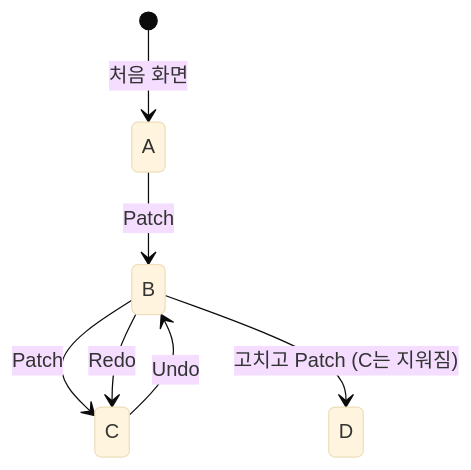
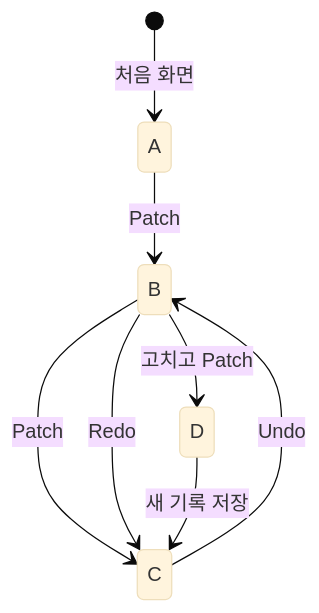
One commit to team1-mini-lab/mini-react changed the second of 2 diagrams in docs/SDD_one_page.md. Above: the diagram before and after it, drawn with Mermaid (base theme). The commit also changed other lines of this file, not shown here.

````diff
--- a/docs/SDD_one_page.md
+++ b/docs/SDD_one_page.md
@@ -91,9 +130,10 @@
 ```mermaid
 stateDiagram-v2
-  [*] --> A: 처음 화면
-  A --> B: Patch
-  B --> C: Patch
-  C --> B: Undo
-  B --> C: Redo
-  B --> D: 고치고 Patch (C는 지워짐)
+    [*] --> A: 처음 화면
+    A --> B: Patch
+    B --> C: Patch
+    C --> B: Undo
+    B --> C: Redo
+    B --> D: 고치고 Patch
+    D --> C: 새 기록 저장
 ```
````
